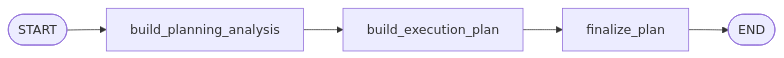
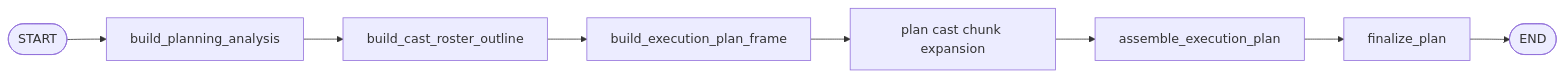
The diagram in docs/workflows/planning.md (keonho-kim/simula), drawn with Mermaid before and after one commit. The commit also changed other lines of this file and 13 other files, not shown here.

````diff
--- a/docs/workflows/planning.md
+++ b/docs/workflows/planning.md
@@ -10,7 +8,10 @@
 ```mermaid
 flowchart LR
     Start([START]) --> Analysis["build_planning_analysis"]
-    Analysis --> Plan["build_execution_plan"]
-    Plan --> Finalize["finalize_plan"]
+    Analysis --> Outline["build_cast_roster_outline"]
+    Outline --> Frame["build_execution_plan_frame"]
+    Frame --> Chunks["plan cast chunk expansion"]
+    Chunks --> Assemble["assemble_execution_plan"]
+    Assemble --> Finalize["finalize_plan"]
     Finalize --> End([END])
 ```
````
